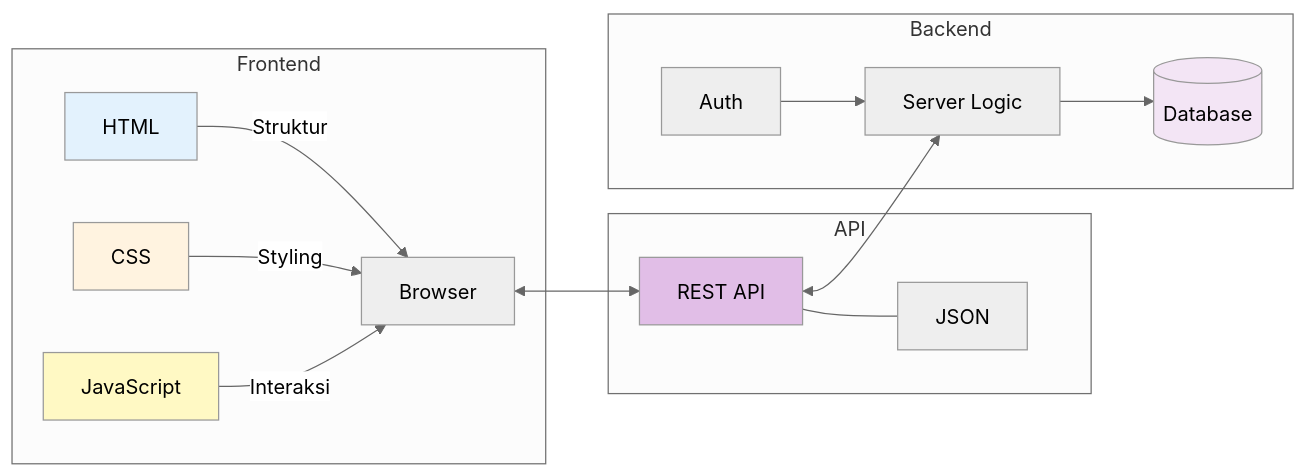
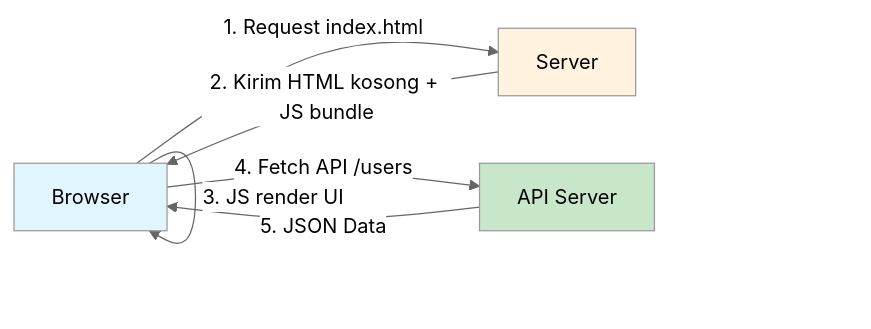
One commit to ant-joshua/rpl-ai-curriculum changed the first of 4 diagrams in 36-web-architecture/03-frontend-vs-backend.md. Above: the diagram before and after it, drawn with Mermaid (neutral theme). The commit also changed other lines of this file and 80 other files, not shown here.

````diff
--- a/36-web-architecture/03-frontend-vs-backend.md
+++ b/36-web-architecture/03-frontend-vs-backend.md
@@ -5,21 +26,11 @@
 ```mermaid
 graph LR
-    subgraph "Frontend"
-        A[HTML] -->|Struktur| D[Browser]
-        B[CSS] -->|Styling| D
-        C[JavaScript] -->|Interaksi| D
-    end
-    subgraph "API"
-        E[REST API] --- F[JSON]
-    end
-    subgraph "Backend"
-        G[Server Logic] --> H[(Database)]
-        I[Auth] --> G
-    end
-    D <--> E <--> G
-    style A fill:#e3f2fd
+    A[Browser] -->|1. Request index.html| B[Server]
+    B -->|2. Kirim HTML kosong + JS bundle| A
+    A -->|3. JS render UI| A
+    A -->|4. Fetch API /users| C[API Server]
+    C -->|5. JSON Data| A
+    style A fill:#e1f5fe
     style B fill:#fff3e0
-    style C fill:#fff9c4
-    style E fill:#e1bee7
-    style H fill:#f3e5f5
+    style C fill:#c8e6c9
 ```
````
